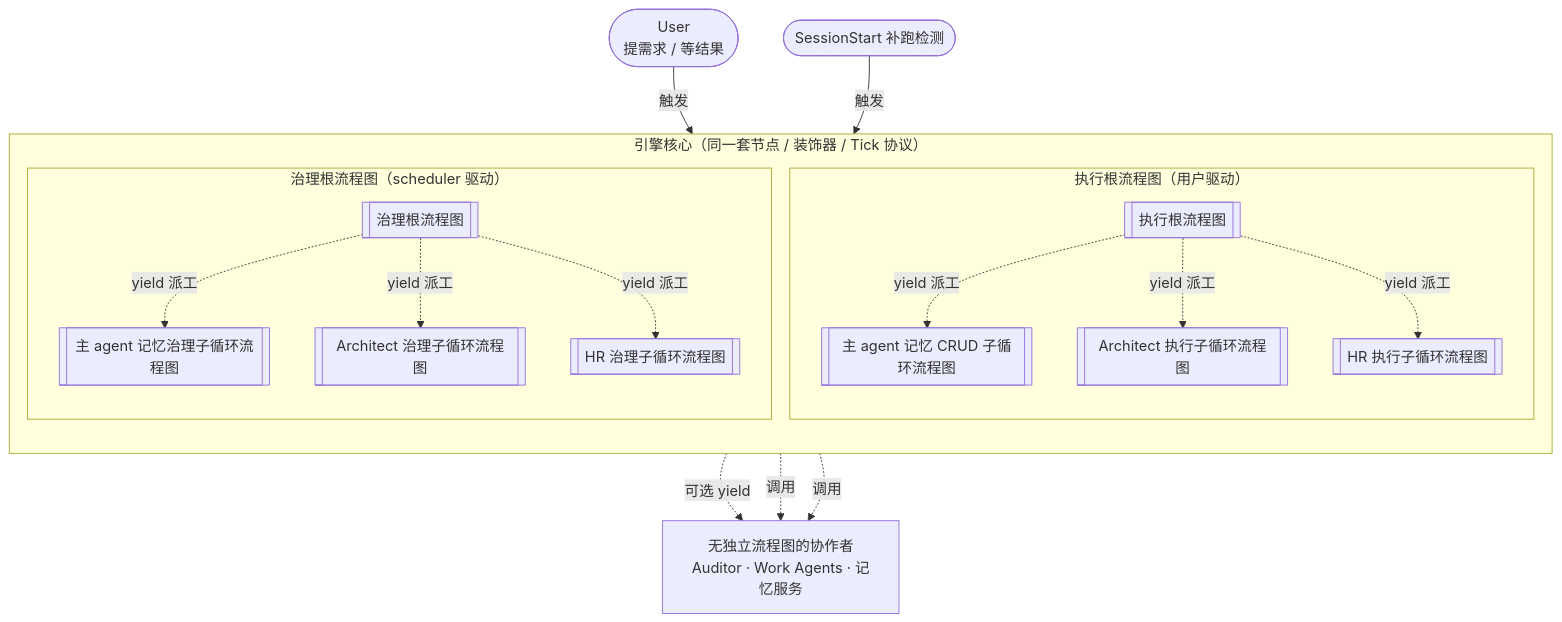
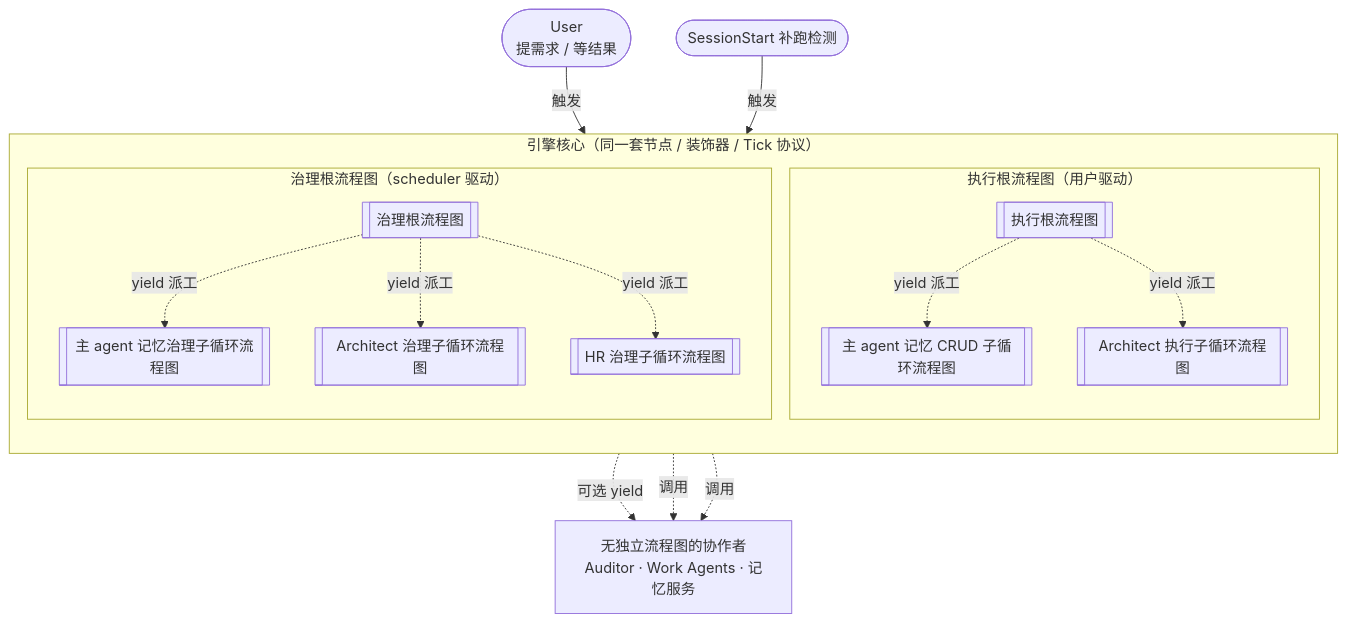
Before and after one commit to nan023062/agent-team-cc: the diagram in design/LOOPS-OVERVIEW.zh-CN.md, drawn with Mermaid. The commit also changed other lines of this file and 21 other files, not shown here.

````diff
--- a/design/LOOPS-OVERVIEW.zh-CN.md
+++ b/design/LOOPS-OVERVIEW.zh-CN.md
@@ -11,33 +11,31 @@
 ```mermaid
 flowchart TB
     subgraph Engine["引擎核心（同一套节点 / 装饰器 / Tick 协议）"]
         direction TB
         subgraph ExecRoot["执行根流程图（用户驱动）"]
             E0[["执行根流程图"]]
             E1[["主 agent 记忆 CRUD 子循环流程图"]]
             E2[["Architect 执行子循环流程图"]]
-            E3[["HR 执行子循环流程图"]]
         end
         subgraph DreamRoot["治理根流程图（scheduler 驱动）"]
             D0[["治理根流程图"]]
             D1[["主 agent 记忆治理子循环流程图"]]
             D2[["Architect 治理子循环流程图"]]
             D3[["HR 治理子循环流程图"]]
         end
     end
 
     User(["User<br/>提需求 / 等结果"]) -->|触发| E0
     Sched(["SessionStart 补跑检测"]) -->|触发| D0
 
     E0 -.->|yield 派工| E1
     E0 -.->|yield 派工| E2
-    E0 -.->|yield 派工| E3
     D0 -.->|yield 派工| D1
     D0 -.->|yield 派工| D2
     D0 -.->|yield 派工| D3
 
     NoBT["无独立流程图的协作者<br/>Auditor · Work Agents · 记忆服务"]
     E0 -.->|可选 yield| NoBT
     E1 -.->|调用| NoBT
     D1 -.->|调用| NoBT
 ```
````
